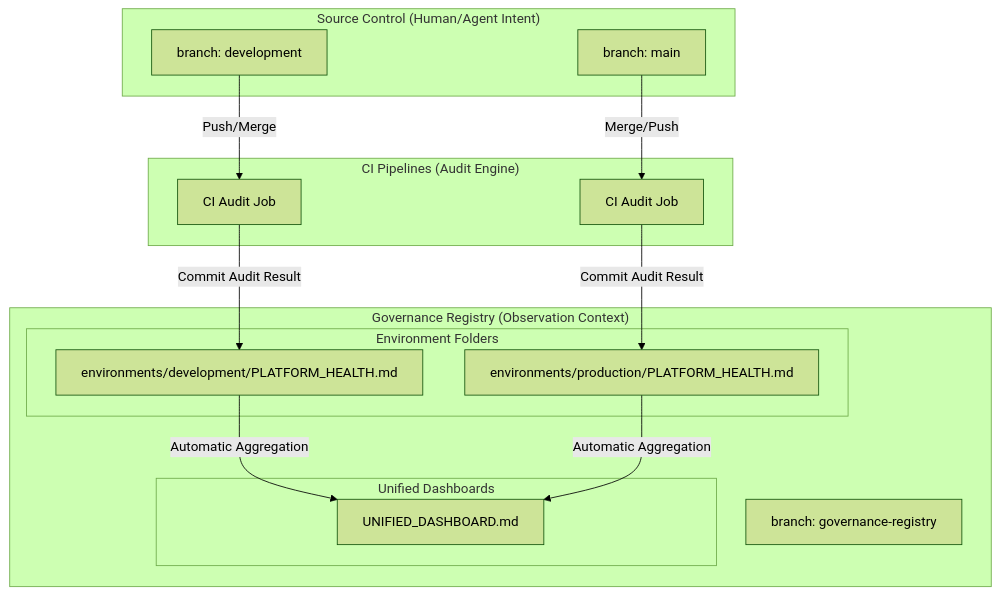
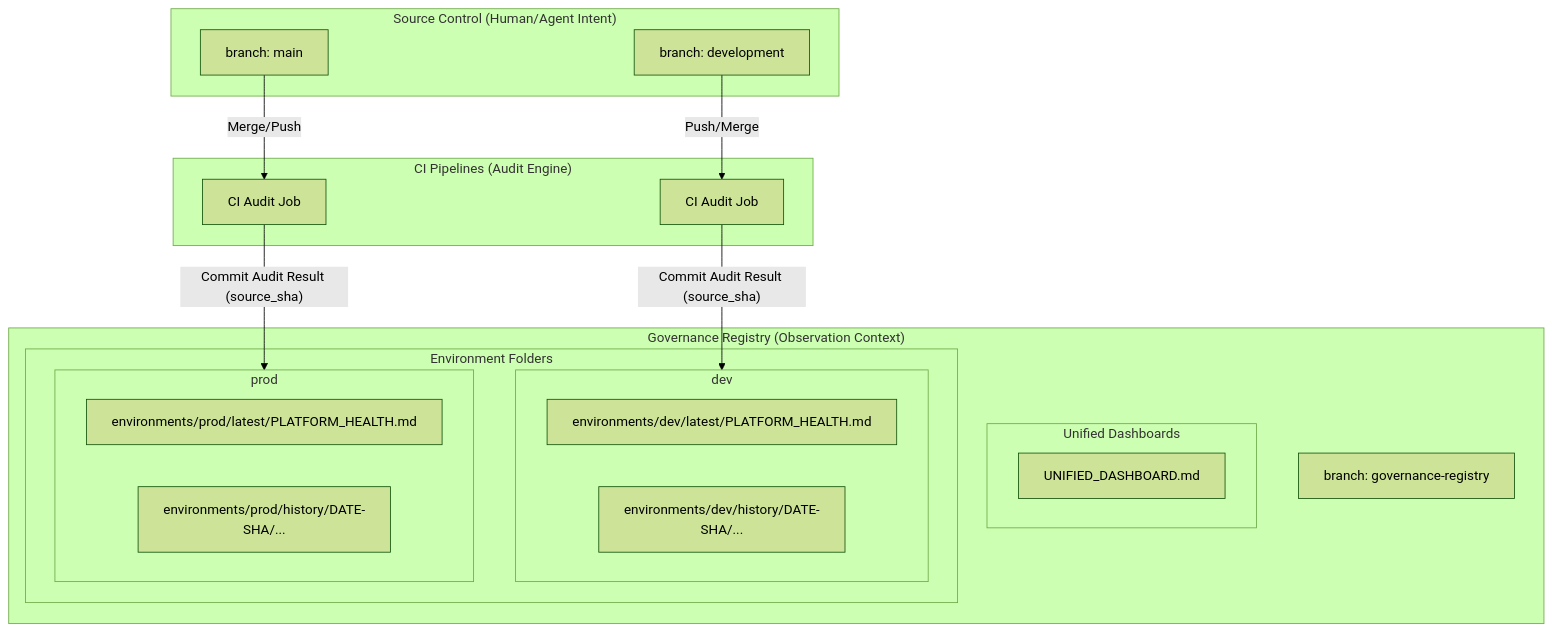
Before and after one commit to mikeybeezy/goldenpath-idp-infra: the diagram in how-it-works/GOVERNANCE_REGISTRY_MIRROR.md, drawn with Mermaid (forest theme). The commit also changed other lines of this file and 1 other file, not shown here.

````diff
--- a/how-it-works/GOVERNANCE_REGISTRY_MIRROR.md
+++ b/how-it-works/GOVERNANCE_REGISTRY_MIRROR.md
@@ -22,32 +38,35 @@
 ```mermaid
 graph TD
     subgraph "Source Control (Human/Agent Intent)"
         DEV[branch: development]
         PROD[branch: main]
     end
 
     subgraph "CI Pipelines (Audit Engine)"
         CI_DEV[CI Audit Job]
         CI_PROD[CI Audit Job]
     end
 
     subgraph "Governance Registry (Observation Context)"
         REG[branch: governance-registry]
         subgraph "Unified Dashboards"
             DASH[UNIFIED_DASHBOARD.md]
         end
         subgraph "Environment Folders"
-            EDEV[environments/development/PLATFORM_HEALTH.md]
-            EPROD[environments/production/PLATFORM_HEALTH.md]
+            subgraph "dev"
+                ED_L[environments/dev/latest/PLATFORM_HEALTH.md]
+                ED_H[environments/dev/history/DATE-SHA/...]
+            end
+            subgraph "prod"
+                EP_L[environments/prod/latest/PLATFORM_HEALTH.md]
+                EP_H[environments/prod/history/DATE-SHA/...]
+            end
         end
     end
 
     DEV -- "Push/Merge" --> CI_DEV
     PROD -- "Merge/Push" --> CI_PROD
     
-    CI_DEV -- "Commit Audit Result" --> EDEV
-    CI_PROD -- "Commit Audit Result" --> EPROD
-    
-    EDEV -- "Automatic Aggregation" --> DASH
-    EPROD -- "Automatic Aggregation" --> DASH
+    CI_DEV -- "Commit Audit Result (source_sha)" --> dev
+    CI_PROD -- "Commit Audit Result (source_sha)" --> prod
 ```
````
